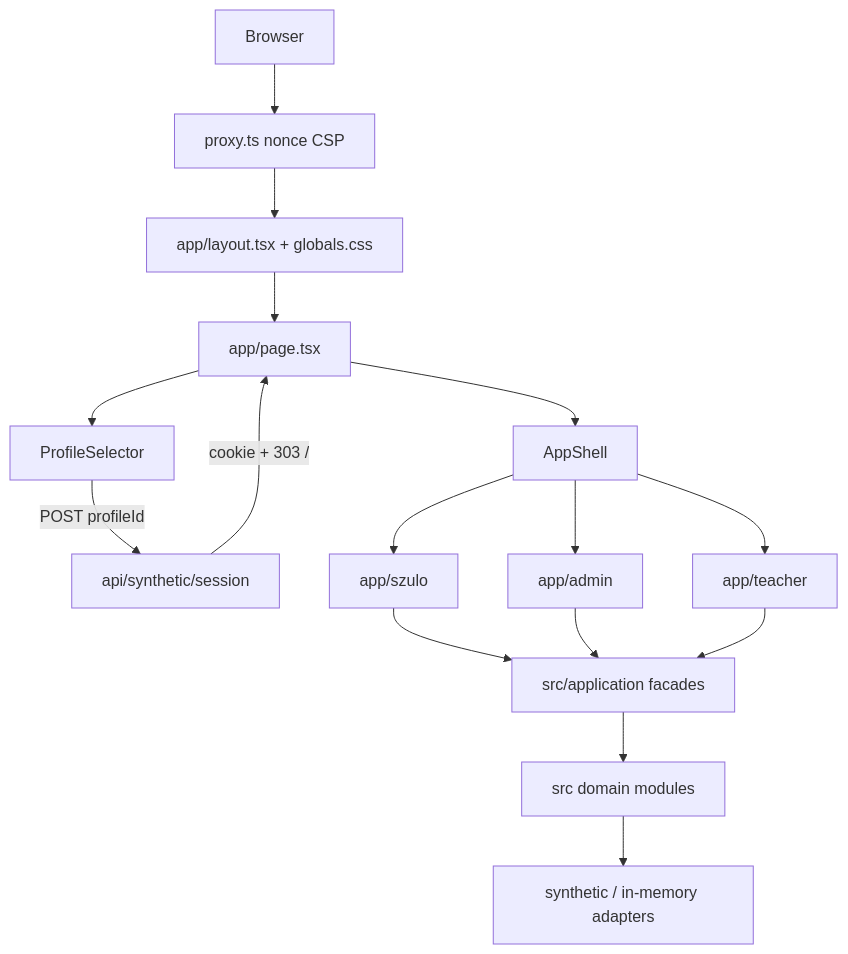
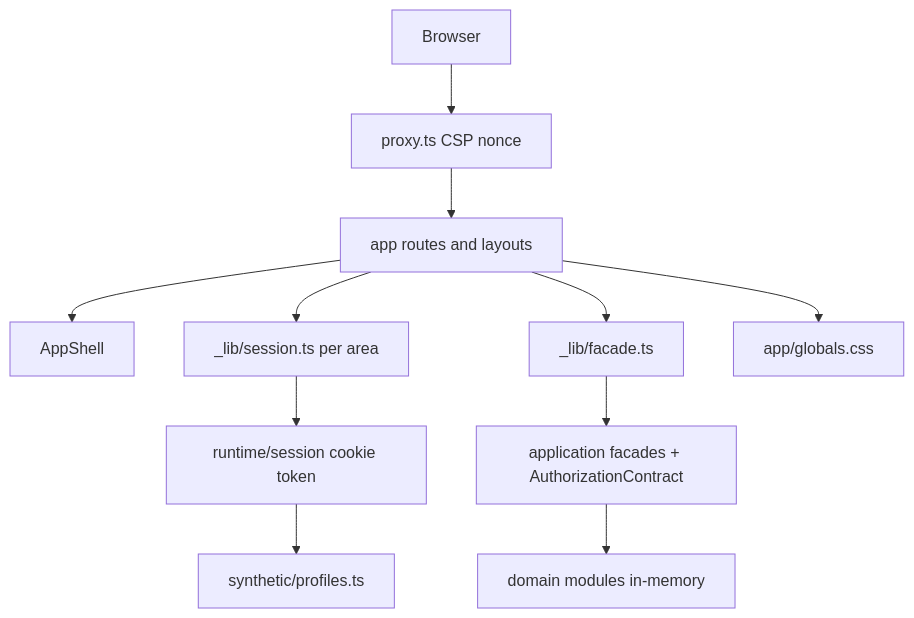
The first of 4 diagrams in aidlc/spaces/default/codekb/waldorf-community-task-manager/architecture.md (bbotond83/waldorf-community-task-manager), drawn with Mermaid before and after one commit. The commit also changed other lines of this file and 89 other files, not shown here.

````diff
--- a/aidlc/spaces/default/codekb/waldorf-community-task-manager/architecture.md
+++ b/aidlc/spaces/default/codekb/waldorf-community-task-manager/architecture.md
@@ -15,18 +12,13 @@
 ```mermaid
 flowchart TD
-  Browser --> Proxy[proxy.ts nonce CSP]
-  Proxy --> Layout[app/layout.tsx + globals.css]
-  Layout --> Entry[app/page.tsx]
-  Entry --> Selector[ProfileSelector]
-  Selector -->|POST profileId| SessionRoute[api/synthetic/session]
-  SessionRoute -->|cookie + 303 /| Entry
-  Entry --> Shell[AppShell]
-  Shell --> Parent[app/szulo]
-  Shell --> Admin[app/admin]
-  Shell --> Teacher[app/teacher]
-  Parent --> Facades[src/application facades]
-  Admin --> Facades
-  Teacher --> Facades
-  Facades --> Domain[src domain modules]
-  Domain --> Adapters[synthetic / in-memory adapters]
+  Browser --> Proxy[proxy.ts CSP nonce]
+  Proxy --> Pages[app routes and layouts]
+  Pages --> Shell[AppShell]
+  Pages --> Sess[_lib/session.ts per area]
+  Sess --> RtSess[runtime/session cookie token]
+  RtSess --> Profiles[synthetic/profiles.ts]
+  Pages --> Facade[_lib/facade.ts]
+  Facade --> App[application facades + AuthorizationContract]
+  App --> Dom[domain modules in-memory]
+  Pages --> Css[app/globals.css]
 ```
````
